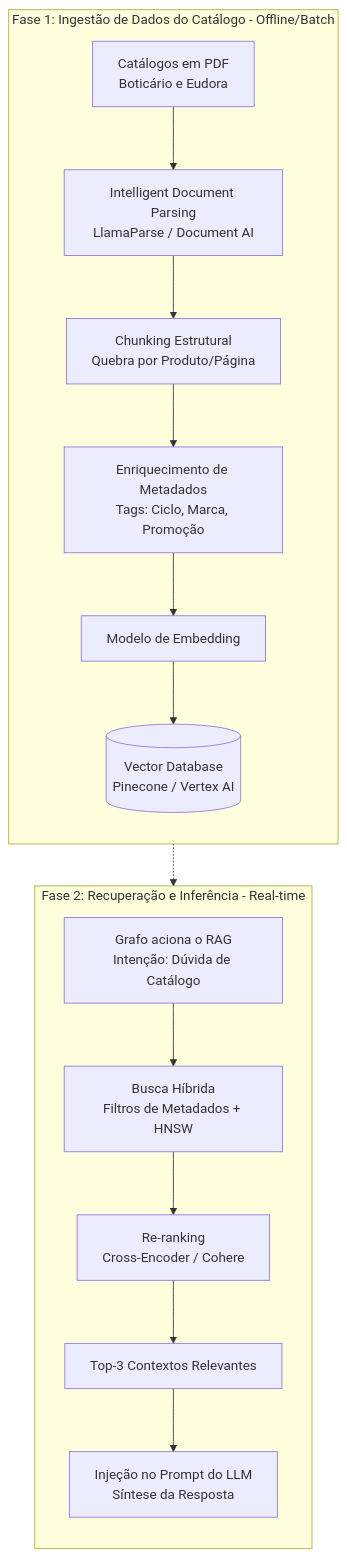
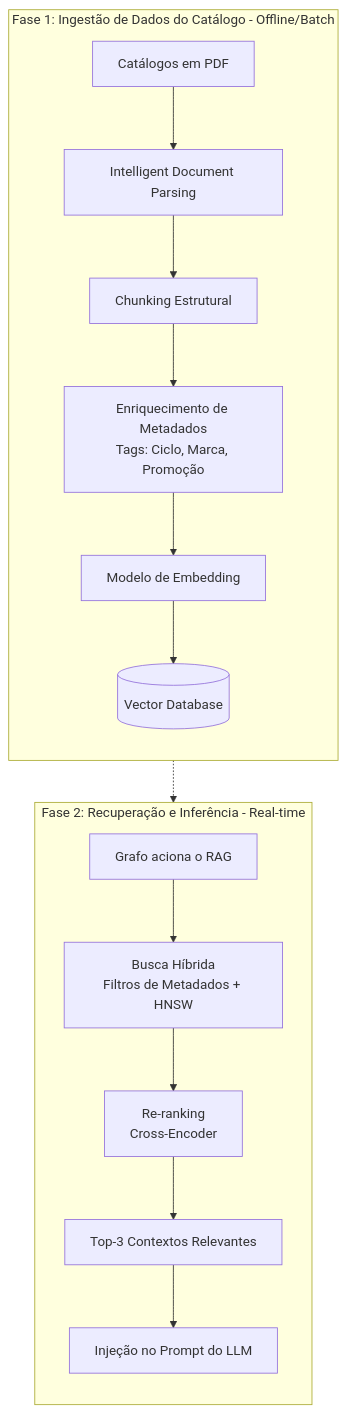
One commit to KattsonBastos/gb-support-agent-case changed the second of 3 diagrams in docs/system-design-500k.md. Above: the diagram before and after it, drawn with Mermaid. The commit also changed other lines of this file, not shown here.

Commit message:
docs: update system design architecture for 500k scale with event-driven pub-sub and hybrid data layer

````diff
--- a/docs/system-design-500k.md
+++ b/docs/system-design-500k.md
@@ -71,21 +72,20 @@
 ```mermaid
 flowchart TD
     subgraph Ingestion [Fase 1: Ingestão de Dados do Catálogo - Offline/Batch]
         direction TB
-        PDF[Catálogos em PDF\nBoticário e Eudora] --> Parse[Intelligent Document Parsing\nLlamaParse / Document AI]
-        Parse --> Chunk[Chunking Estrutural\nQuebra por Produto/Página]
+        PDF[Catálogos em PDF] --> Parse[Intelligent Document Parsing]
+        Parse --> Chunk[Chunking Estrutural]
         Chunk --> Meta[Enriquecimento de Metadados\nTags: Ciclo, Marca, Promoção]
         Meta --> Embed[Modelo de Embedding]
-        Embed --> VDB[(Vector Database\nPinecone / Vertex AI)]
+        Embed --> VDB[(Vector Database)]
     end
 
     subgraph Retrieval [Fase 2: Recuperação e Inferência - Real-time]
         direction TB
-        Query[Grafo aciona o RAG\nIntenção: Dúvida de Catálogo] --> Search[Busca Híbrida\nFiltros de Metadados + HNSW]
+        Query[Grafo aciona o RAG] --> Search[Busca Híbrida\nFiltros de Metadados + HNSW]
         VDB -.-> Search
-        Search --> Rerank[Re-ranking\nCross-Encoder / Cohere]
+        Search --> Rerank[Re-ranking\nCross-Encoder]
         Rerank --> TopK[Top-3 Contextos Relevantes]
-        TopK --> LLM[Injeção no Prompt do LLM\nSíntese da Resposta]
+        TopK --> LLM[Injeção no Prompt do LLM]
     end
-
 ```
````
